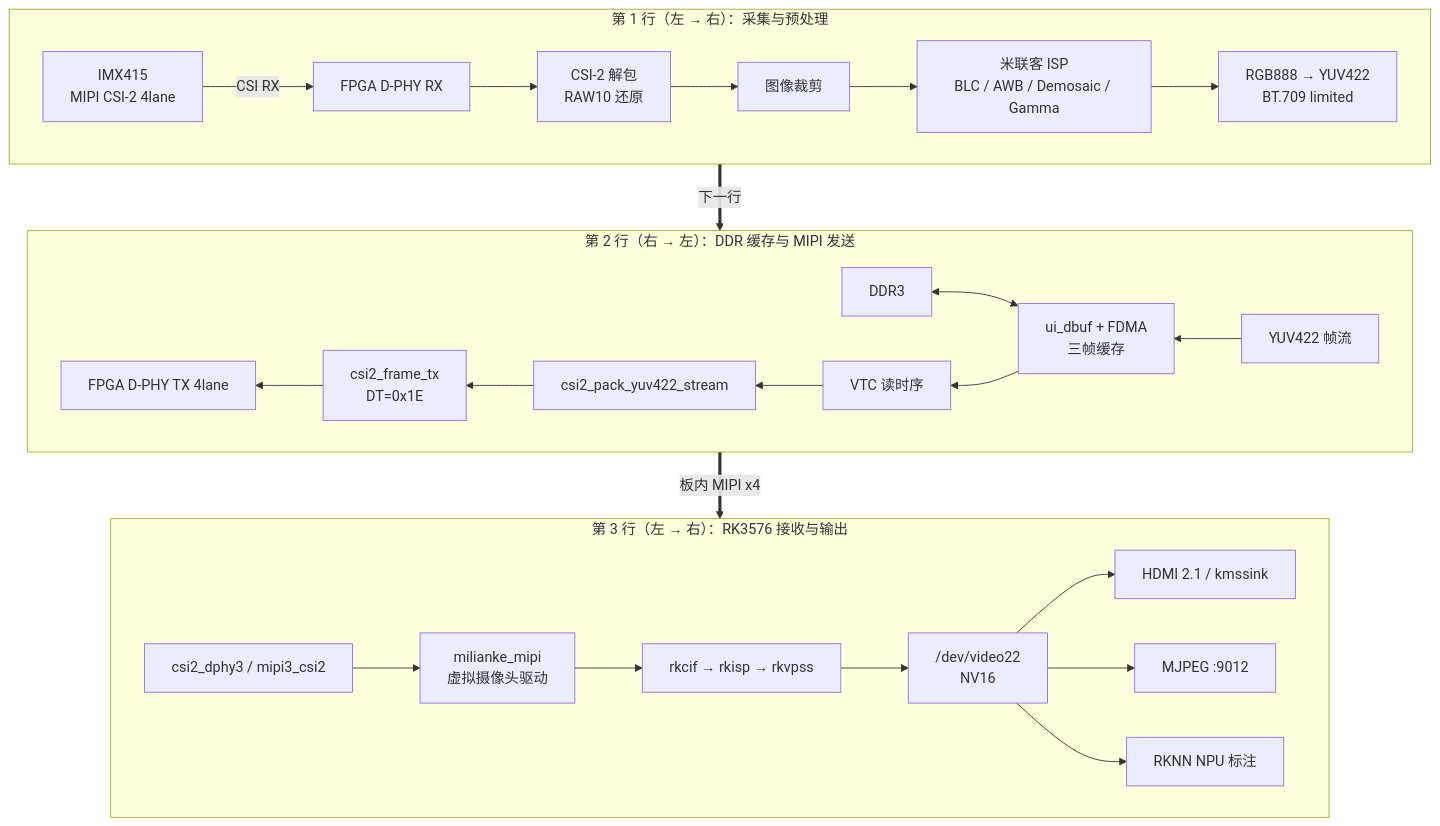
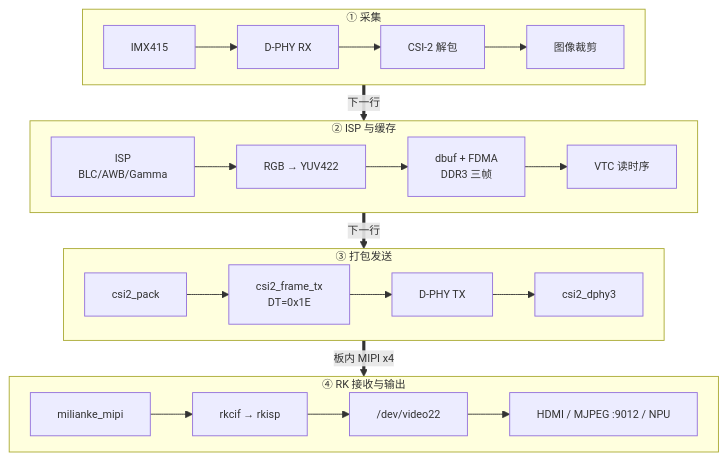
The second of 3 diagrams in README.md (SHIKE888/CPA-Cloud-Patrol-Alarm), drawn with Mermaid before and after one commit. The commit also changed other lines of this file, not shown here.

Commit message:
docs: 框图改为紧凑分组布局并去掉方向性说明文字

````diff
--- a/README.md
+++ b/README.md
@@ -161,34 +149,27 @@
 ```mermaid
+%%{init: {"themeVariables":{"fontSize":"12px"},"flowchart":{"nodeSpacing":16,"rankSpacing":22}}}%%
 flowchart TB
-    subgraph L1["第 1 行（左 → 右）：采集与预处理"]
+    subgraph R1["① 采集"]
         direction LR
-        CAM["IMX415<br/>MIPI CSI-2 4lane"] -->|CSI RX| DPHYRX["FPGA D-PHY RX"]
-        DPHYRX --> UNPACK["CSI-2 解包<br/>RAW10 还原"]
-        UNPACK --> CROP["图像裁剪"]
-        CROP --> ISP["米联客 ISP<br/>BLC / AWB / Demosaic / Gamma"]
-        ISP --> YUVOUT["RGB888 → YUV422<br/>BT.709 limited"]
+        CAM["IMX415"] --> RX["D-PHY RX"] --> UNPACK["CSI-2 解包"] --> CROP["图像裁剪"]
     end
 
-    subgraph L2["第 2 行（右 → 左）：DDR 缓存与 MIPI 发送"]
-        direction RL
-        YUVIN["YUV422 帧流"] --> DBUF["ui_dbuf + FDMA<br/>三帧缓存"]
-        DBUF <--> DDR["DDR3"]
-        DBUF --> VTC["VTC 读时序"]
-        VTC --> PACK["csi2_pack_yuv422_stream"]
-        PACK --> FRAME["csi2_frame_tx<br/>DT=0x1E"]
-        FRAME --> DPHYTX["FPGA D-PHY TX 4lane"]
+    subgraph R2["② ISP 与缓存"]
+        direction LR
+        ISP["ISP<br/>BLC/AWB/Gamma"] --> YUV["RGB → YUV422"] --> DBUF["dbuf + FDMA<br/>DDR3 三帧"] --> VTC["VTC 读时序"]
     end
 
-    subgraph L3["第 3 行（左 → 右）：RK3576 接收与输出"]
+    subgraph R3["③ 打包发送"]
         direction LR
-        RKDPHY["csi2_dphy3 / mipi3_csi2"] --> DRV["milianke_mipi<br/>虚拟摄像头驱动"]
-        DRV --> CIFISP["rkcif → rkisp → rkvpss"]
-        CIFISP --> V22["/dev/video22<br/>NV16"]
-        V22 --> HDMI["HDMI 2.1 / kmssink"]
-        V22 --> WEB["MJPEG :9012"]
-        V22 --> AI["RKNN NPU 标注"]
+        PACK["csi2_pack"] --> FRAME["csi2_frame_tx<br/>DT=0x1E"] --> TX["D-PHY TX"] --> RK["csi2_dphy3"]
     end
 
-    L1 ==>|下一行| L2
-    L2 ==>|板内 MIPI x4| L3
+    subgraph R4["④ RK 接收与输出"]
+        direction LR
+        DRV["milianke_mipi"] --> CIF["rkcif → rkisp"] --> V22["/dev/video22"] --> OUT["HDMI / MJPEG :9012 / NPU"]
+    end
+
+    R1 ==>|下一行| R2
+    R2 ==>|下一行| R3
+    R3 ==>|板内 MIPI x4| R4
 ```
````
